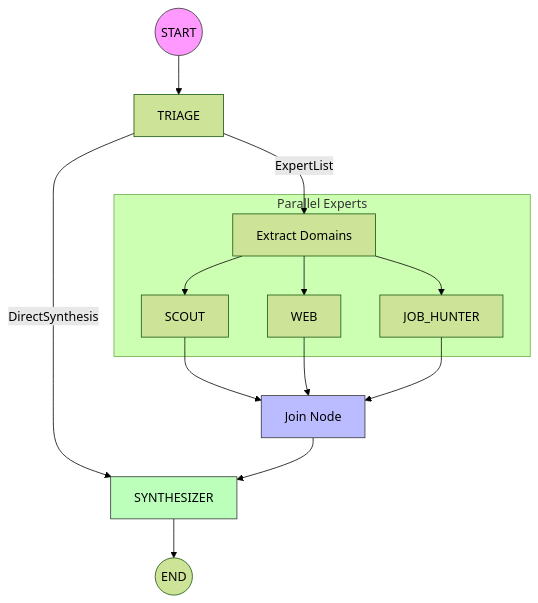
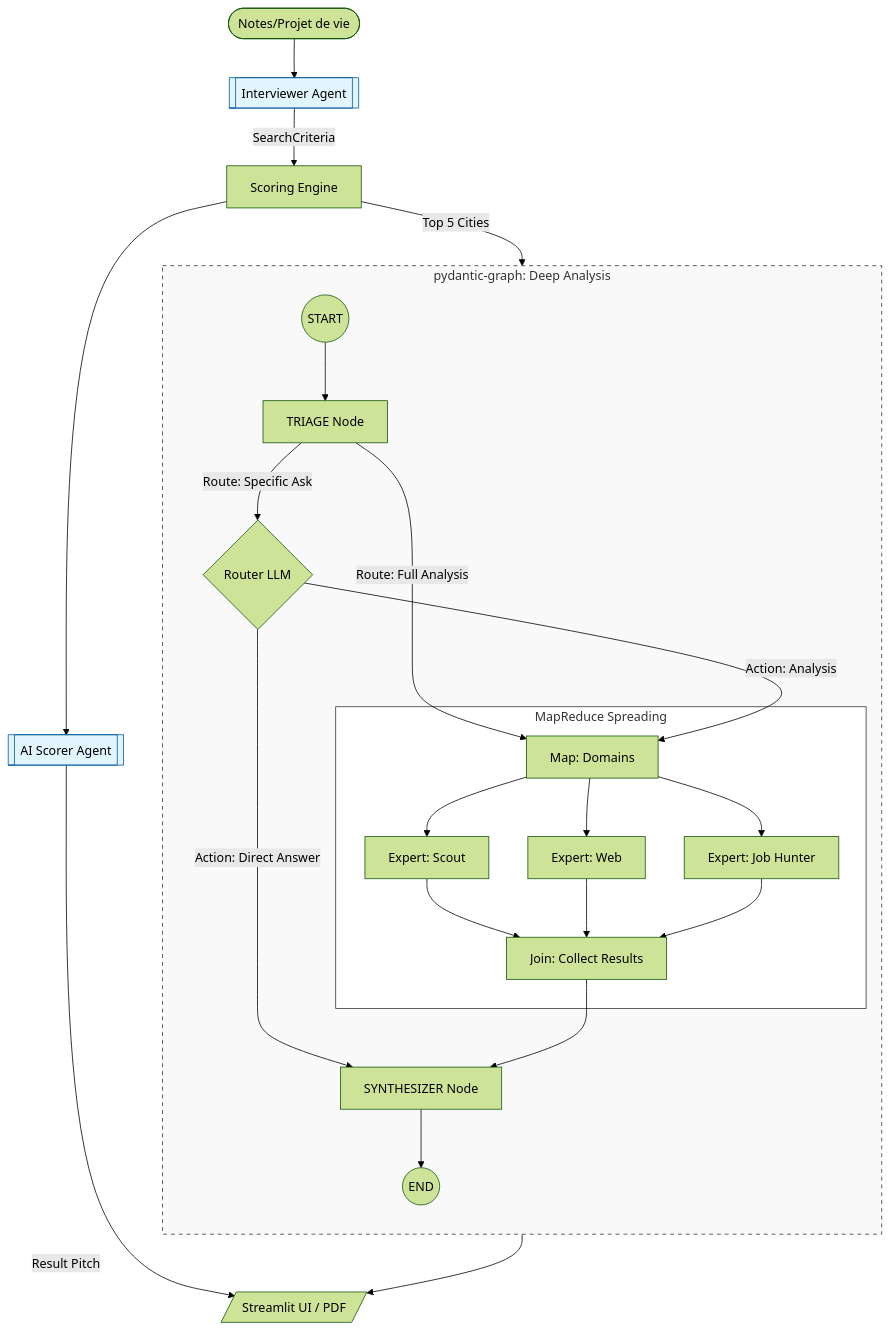
The diagram in app/agents/GRAPH_ARCHITECTURE.md (jbesan/13_odis_stream2), drawn with Mermaid (forest theme) before and after one commit. The commit also changed other lines of this file and 33 other files, not shown here.

Commit message:
chore: update pipeline data, expand test snapshots, and refine scoring logic and interviewer configurations

````diff
--- a/app/agents/GRAPH_ARCHITECTURE.md
+++ b/app/agents/GRAPH_ARCHITECTURE.md
@@ -9,24 +9,35 @@
 ```mermaid
 graph TD
-    START((START)) --> Triage[TRIAGE]
+    Input([Notes/Projet de vie]) --> Interviewer[[Interviewer Agent]]
+    Interviewer -->|SearchCriteria| Engine[Scoring Engine]
+    Engine -->|Top 5 Cities| Graph
     
-    Triage -->|ExpertList| Map[Extract Domains]
-    Triage -->|DirectSynthesis| Synthesizer
-    
-    subgraph Parallel Experts
-        Map --> Scout[SCOUT]
-        Map --> Web[WEB]
-        Map --> JobHunter[JOB_HUNTER]
+    subgraph Graph [pydantic-graph: Deep Analysis]
+        direction TB
+        GStart((START)) --> Triage[TRIAGE Node]
+        Triage -->|Route: Specific Ask| Router{Router LLM}
+        Triage -->|Route: Full Analysis| Map[Map: Domains]
+        
+        Router -->|Action: Analysis| Map
+        Router -->|Action: Direct Answer| Synth[SYNTHESIZER Node]
+        
+        subgraph Parallel [MapReduce Spreading]
+            Map --> S[Expert: Scout]
+            Map --> W[Expert: Web]
+            Map --> J[Expert: Job Hunter]
+            S & W & J --> Join[Join: Collect Results]
+        end
+        
+        Join --> Synth
+        Synth --> GEnd((END))
     end
     
-    Scout --> Join[Join Node]
-    Web --> Join
-    JobHunter --> Join
+    Engine --> Scorer[[AI Scorer Agent]]
+    GEnd --> UI[/Streamlit UI / PDF/]
+    Scorer -->|Result Pitch| UI
     
-    Join --> Synthesizer[SYNTHESIZER]
-    Synthesizer --> END((END))
-
-    style START fill:#f9f,stroke:#333
-    style Join fill:#bbf,stroke:#333
-    style Synthesizer fill:#bfb,stroke:#333
+    style Graph fill:#f9f9f9,stroke:#333,stroke-dasharray: 5 5
+    style Interviewer fill:#e1f5fe,stroke:#01579b
+    style Scorer fill:#e1f5fe,stroke:#01579b
+    style Parallel fill:#fff,stroke:#333
 ```
````
